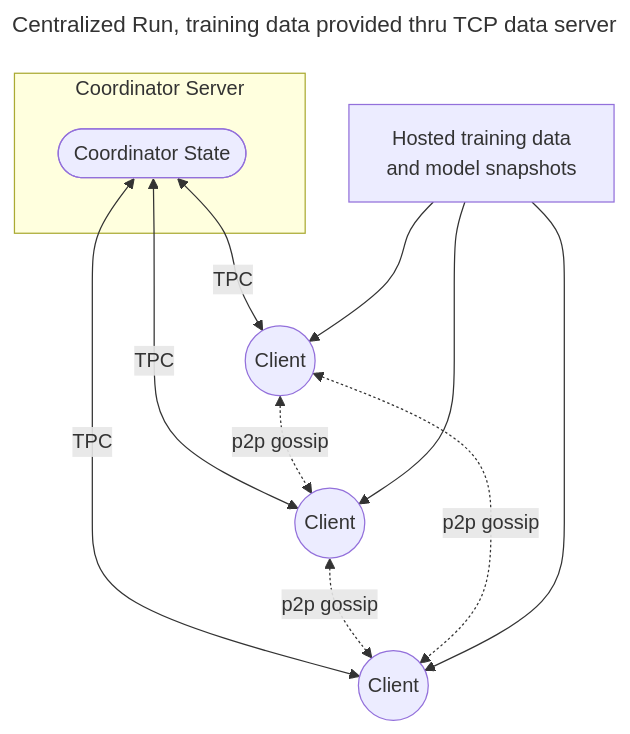
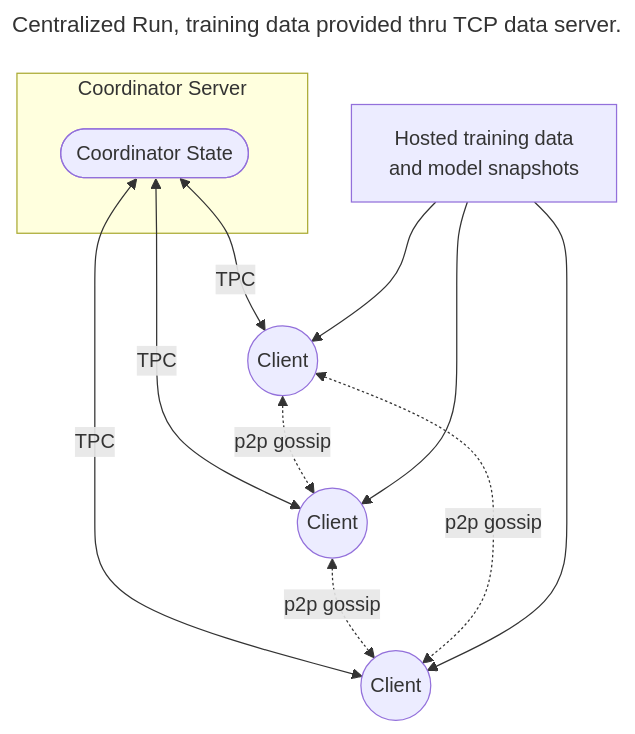
One commit to PsycheFoundation/psyche changed the second of 3 diagrams in psyche-book/src/explain/index.md. Above: the diagram before and after it, drawn with Mermaid. The commit also changed other lines of this file and 9 other files, not shown here.

````diff
--- a/psyche-book/src/explain/index.md
+++ b/psyche-book/src/explain/index.md
@@ -30,16 +32,16 @@
 ```mermaid
 ---
-title: Centralized Run, training data provided thru TCP data server
+title: Centralized Run, training data provided thru TCP data server.
 ---
 flowchart TB
 subgraph "Coordinator Server"
     CC(["Coordinator State"])
 end
 CC <-- TPC --> C11(("Client")) & C22(("Client")) & C33(("Client"))
 C11 <-. p2p gossip .-> C22
 C33 <-. p2p gossip .-> C22 & C11
 DTT["`
 Hosted training data
 and model snapshots
 `"] --> C11 & C22 & C33
 ```
````
